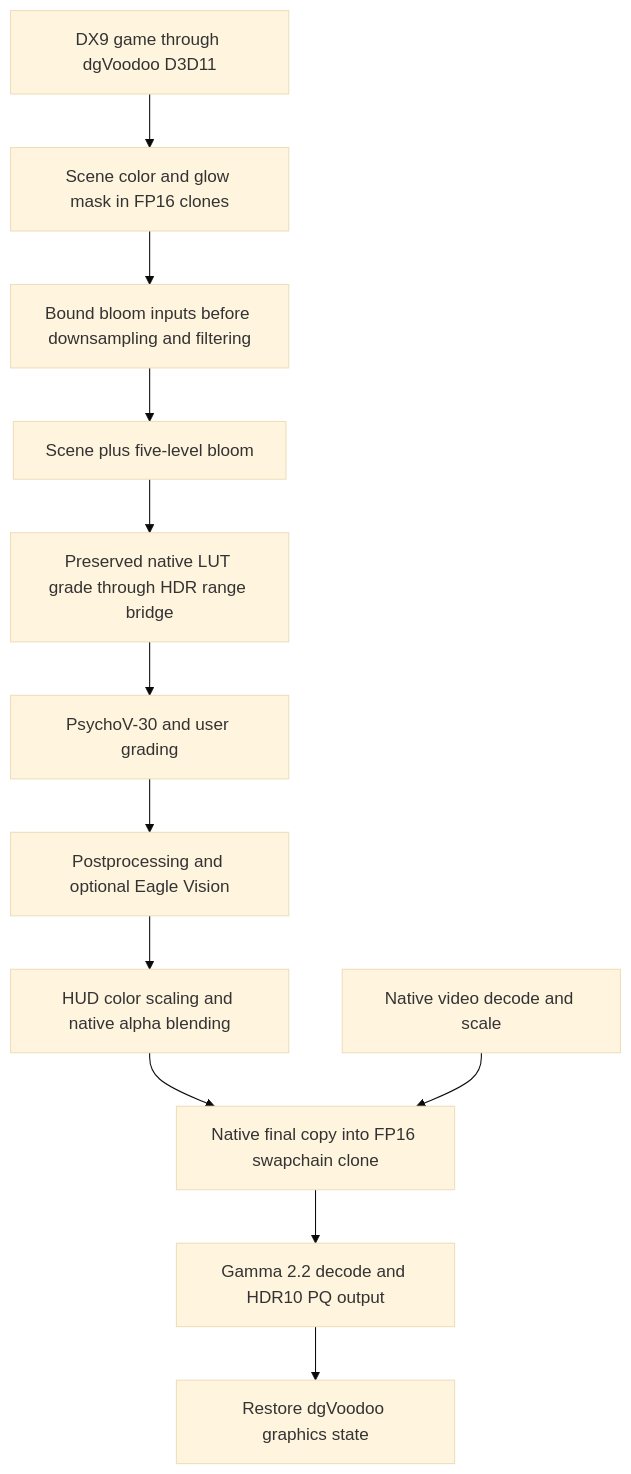
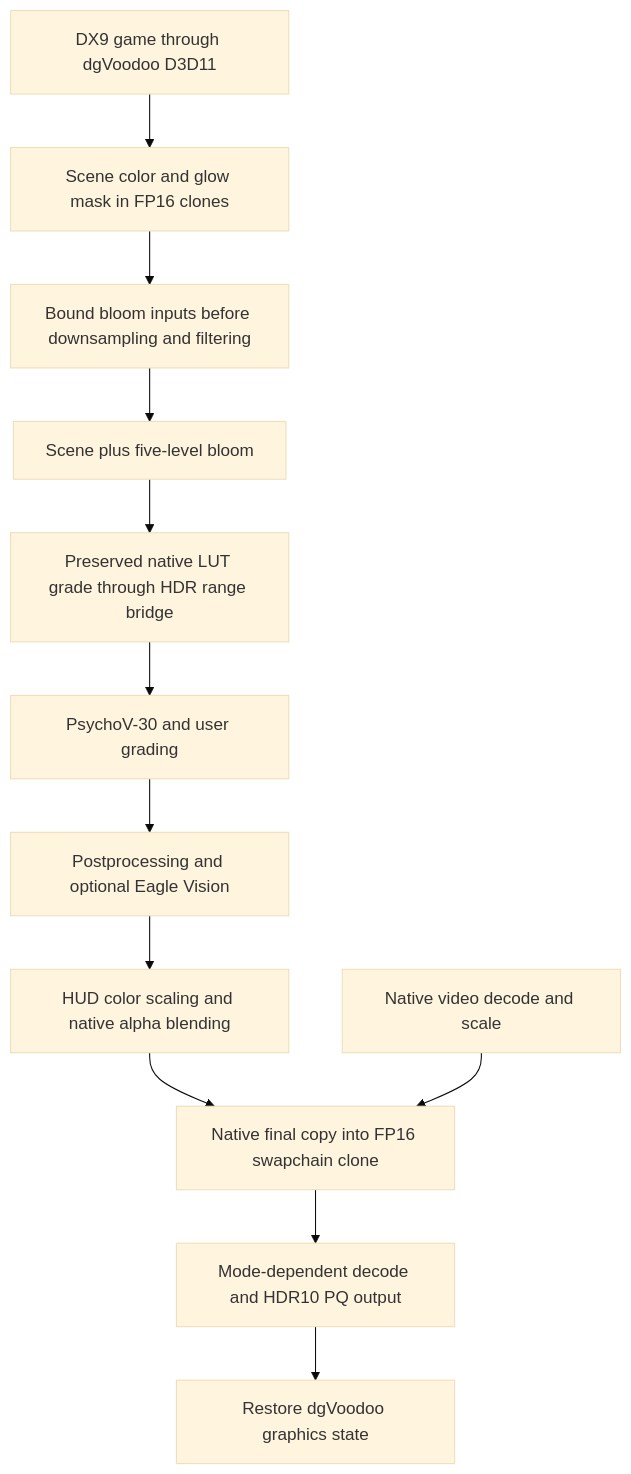
The diagram in src/games/asscreed2/IMPLEMENTATION.md (hartapfel/renodx), drawn with Mermaid (base theme) before and after one commit. The commit also changed other lines of this file and 6 other files, not shown here.

````diff
--- a/src/games/asscreed2/IMPLEMENTATION.md
+++ b/src/games/asscreed2/IMPLEMENTATION.md
@@ -16,14 +16,14 @@
 ```mermaid
 flowchart TD
   A[DX9 game through dgVoodoo D3D11] --> B[Scene color and glow mask in FP16 clones]
   B --> C[Bound bloom inputs before downsampling and filtering]
   C --> D[Scene plus five-level bloom]
   D --> E[Preserved native LUT grade through HDR range bridge]
   E --> F[PsychoV-30 and user grading]
   F --> G[Postprocessing and optional Eagle Vision]
   G --> H[HUD color scaling and native alpha blending]
   H --> I[Native final copy into FP16 swapchain clone]
-  I --> J[Gamma 2.2 decode and HDR10 PQ output]
+  I --> J[Mode-dependent decode and HDR10 PQ output]
   J --> K[Restore dgVoodoo graphics state]
   V[Native video decode and scale] --> I
 ```
````
